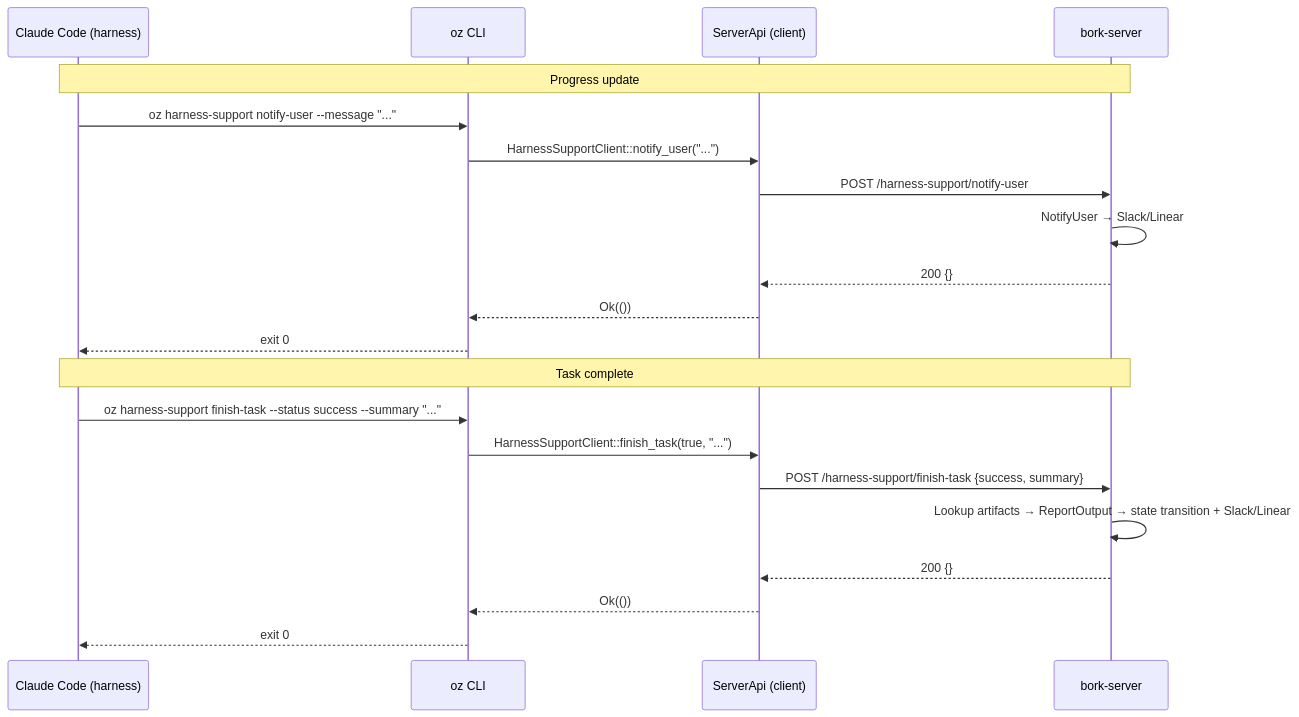
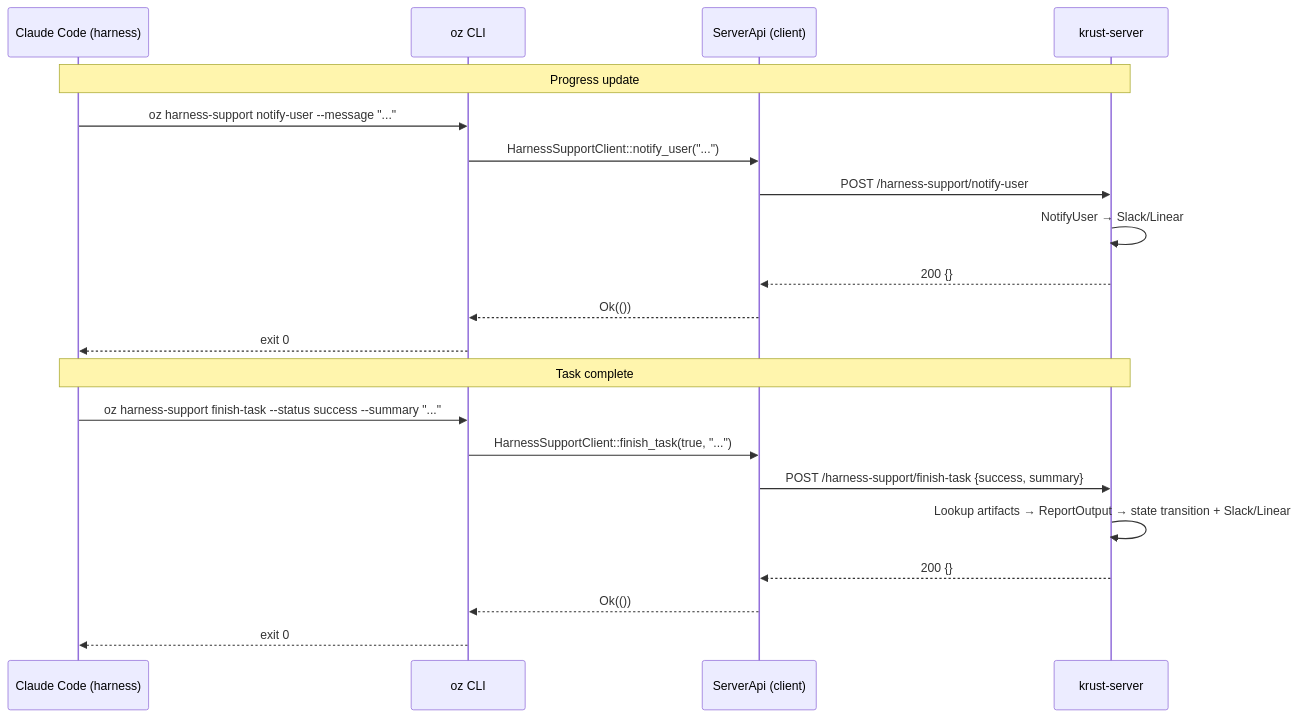
The diagram in specs/REMOTE-1289/TECH.md (antikrust/krust-terminal), drawn with Mermaid before and after one commit. The commit also changed other lines of this file and 4480 other files, not shown here.

First line of the commit message:
Rebrand Bork -> Krust

````diff
--- a/specs/REMOTE-1289/TECH.md
+++ b/specs/REMOTE-1289/TECH.md
@@ -117,25 +117,25 @@
 ```mermaid
 sequenceDiagram
     participant CC as Claude Code (harness)
     participant OZ as oz CLI
     participant SA as ServerApi (client)
-    participant WS as bork-server
+    participant WS as krust-server
 
     Note over CC,WS: Progress update
     CC->>OZ: oz harness-support notify-user --message "..."
     OZ->>SA: HarnessSupportClient::notify_user("...")
     SA->>WS: POST /harness-support/notify-user
     WS->>WS: NotifyUser → Slack/Linear
     WS-->>SA: 200 {}
     SA-->>OZ: Ok(())
     OZ-->>CC: exit 0
 
     Note over CC,WS: Task complete
     CC->>OZ: oz harness-support finish-task --status success --summary "..."
     OZ->>SA: HarnessSupportClient::finish_task(true, "...")
     SA->>WS: POST /harness-support/finish-task {success, summary}
     WS->>WS: Lookup artifacts → ReportOutput → state transition + Slack/Linear
     WS-->>SA: 200 {}
     SA-->>OZ: Ok(())
     OZ-->>CC: exit 0
 ```
````
